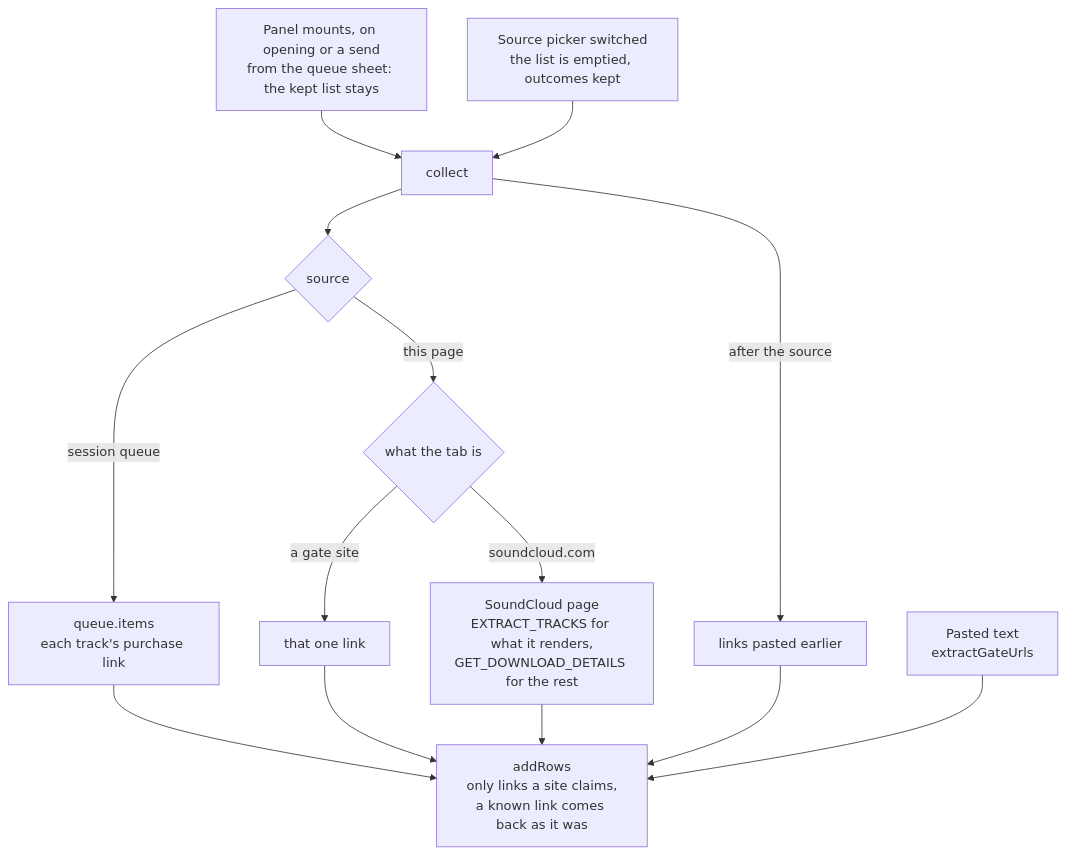
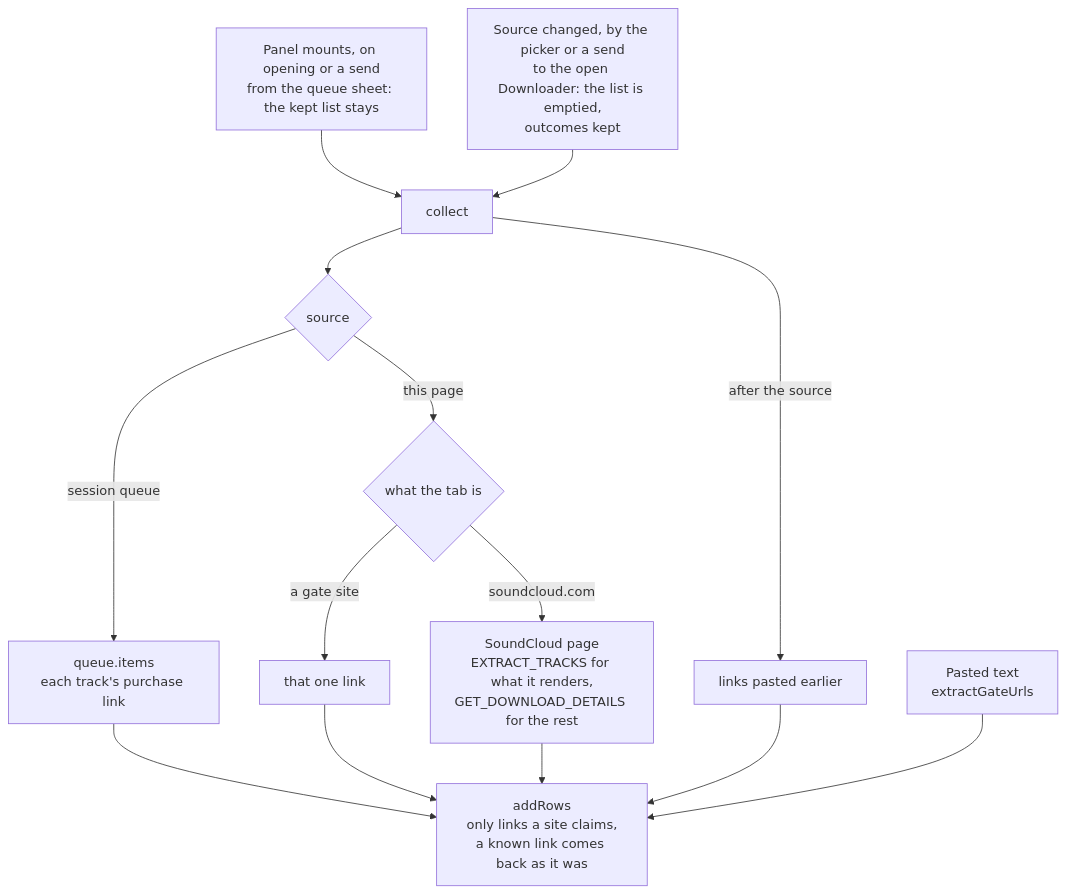
One commit to cutenode/localnetwork changed the first of 10 diagrams in apps/localtoolbox/docs/diagrams/downloader.md. Above: the diagram before and after it, drawn with Mermaid. The commit also changed other lines of this file and 4 other files, not shown here.

First line of the commit message:
docs(localtoolbox): bring the lookup, queue and downloader diagrams up to date

````diff
--- a/apps/localtoolbox/docs/diagrams/downloader.md
+++ b/apps/localtoolbox/docs/diagrams/downloader.md
@@ -19,28 +19,28 @@
 ```mermaid
 flowchart TD
   Open["Panel mounts, on opening or a send<br/>from the queue sheet: the kept list stays"]
-  Switch["Source picker switched<br/>the list is emptied, outcomes kept"]
+  Switch["Source changed, by the picker or a send<br/>to the open Downloader: the list is emptied,<br/>outcomes kept"]
   Collect["collect"]
   Source{"source"}
   Queued["queue.items<br/>each track's purchase link"]
   Tab{"what the tab is"}
   Gate["that one link"]
   Sc["SoundCloud page<br/>EXTRACT_TRACKS for what it renders,<br/>GET_DOWNLOAD_DETAILS for the rest"]
   Hand["links pasted earlier"]
   Claim["addRows<br/>only links a site claims,<br/>a known link comes back as it was"]
   Paste["Pasted text<br/>extractGateUrls"]
 
   Open --> Collect
   Switch --> Collect
   Collect --> Source
   Source -->|"session queue"| Queued
   Source -->|"this page"| Tab
   Tab -->|"a gate site"| Gate
   Tab -->|soundcloud.com| Sc
   Queued --> Claim
   Gate --> Claim
   Sc --> Claim
   Collect -->|"after the source"| Hand
   Hand --> Claim
   Paste --> Claim
 ```
````
